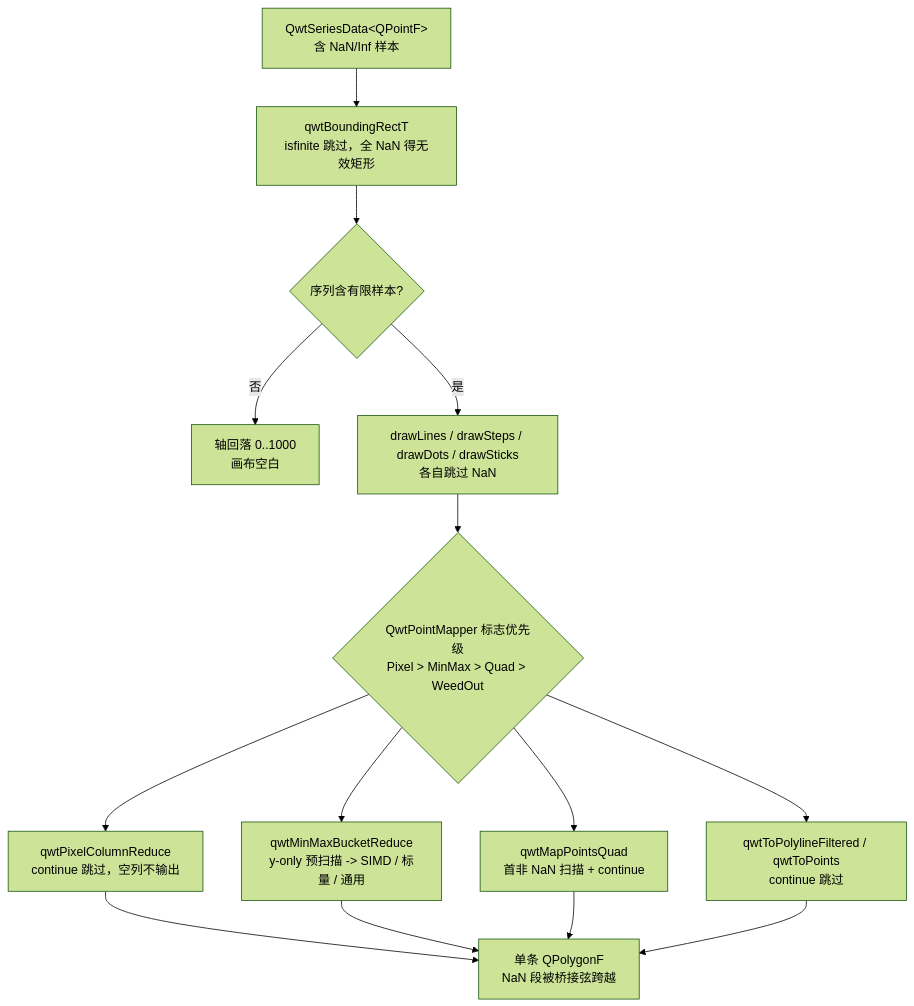
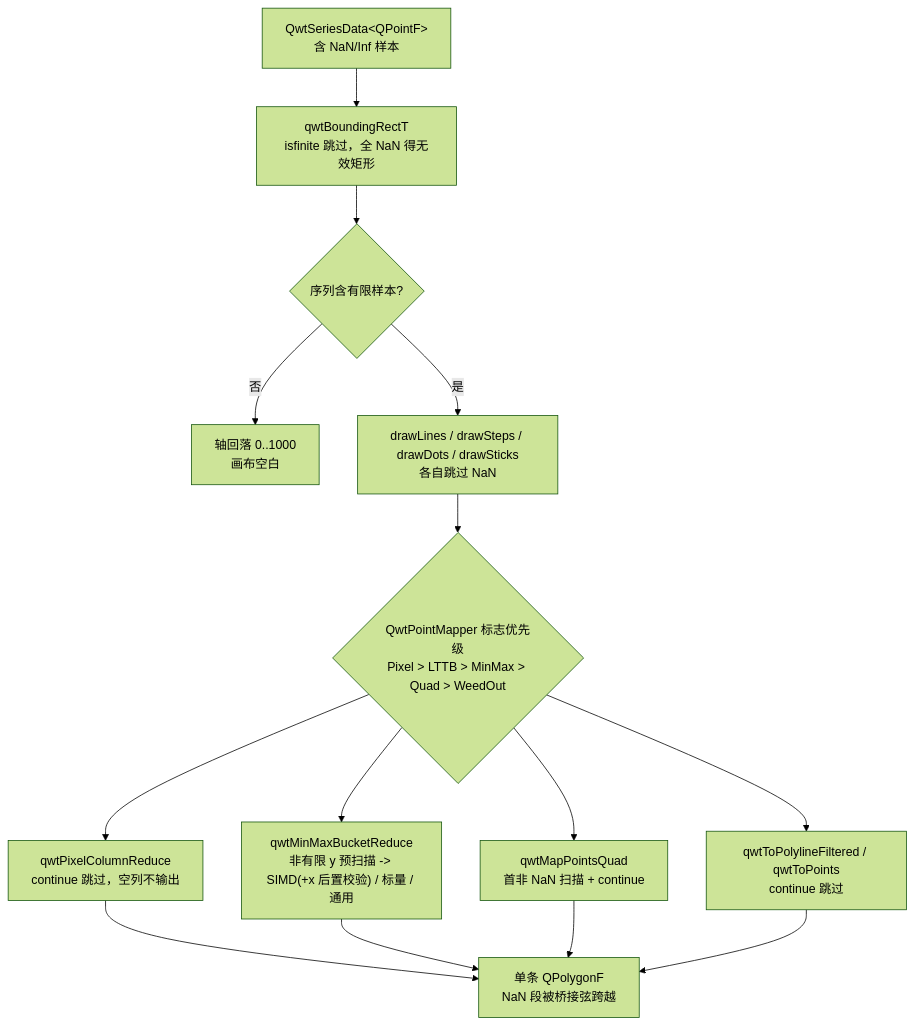
One commit to czyt1988/QWT changed the second of 2 diagrams in docs/zh/tech-report/nan-rendering.md. Above: the diagram before and after it, drawn with Mermaid (forest theme). The commit also changed other lines of this file and 1 other file, not shown here.

````diff
--- a/docs/zh/tech-report/nan-rendering.md
+++ b/docs/zh/tech-report/nan-rendering.md
@@ -108,16 +109,16 @@
 ```mermaid
 flowchart TD
     A["QwtSeriesData&lt;QPointF&gt;<br/>含 NaN/Inf 样本"] --> B["qwtBoundingRectT<br/>isfinite 跳过，全 NaN 得无效矩形"]
     B --> C{"序列含有限样本?"}
     C -->|"否"| D["轴回落 0..1000<br/>画布空白"]
     C -->|"是"| E["drawLines / drawSteps / drawDots / drawSticks<br/>各自跳过 NaN"]
-    E --> F{"QwtPointMapper 标志优先级<br/>Pixel &gt; MinMax &gt; Quad &gt; WeedOut"}
+    E --> F{"QwtPointMapper 标志优先级<br/>Pixel &gt; LTTB &gt; MinMax &gt; Quad &gt; WeedOut"}
     F --> G["qwtPixelColumnReduce<br/>continue 跳过，空列不输出"]
-    F --> H["qwtMinMaxBucketReduce<br/>y-only 预扫描 -&gt; SIMD / 标量 / 通用"]
+    F --> H["qwtMinMaxBucketReduce<br/>非有限 y 预扫描 -&gt; SIMD(+x 后置校验) / 标量 / 通用"]
     F --> I["qwtMapPointsQuad<br/>首非 NaN 扫描 + continue"]
     F --> J["qwtToPolylineFiltered / qwtToPoints<br/>continue 跳过"]
     G --> K["单条 QPolygonF<br/>NaN 段被桥接弦跨越"]
     H --> K
     I --> K
     J --> K
 ```
````
